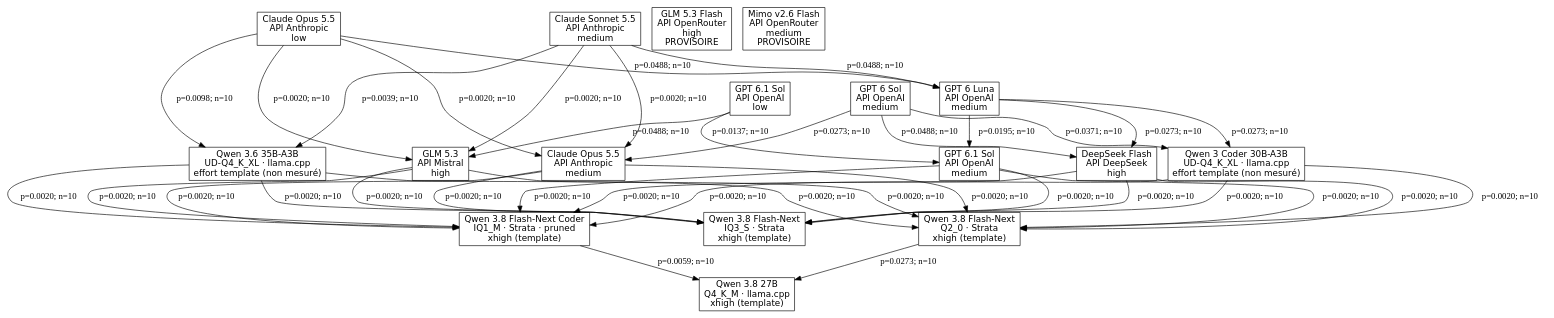
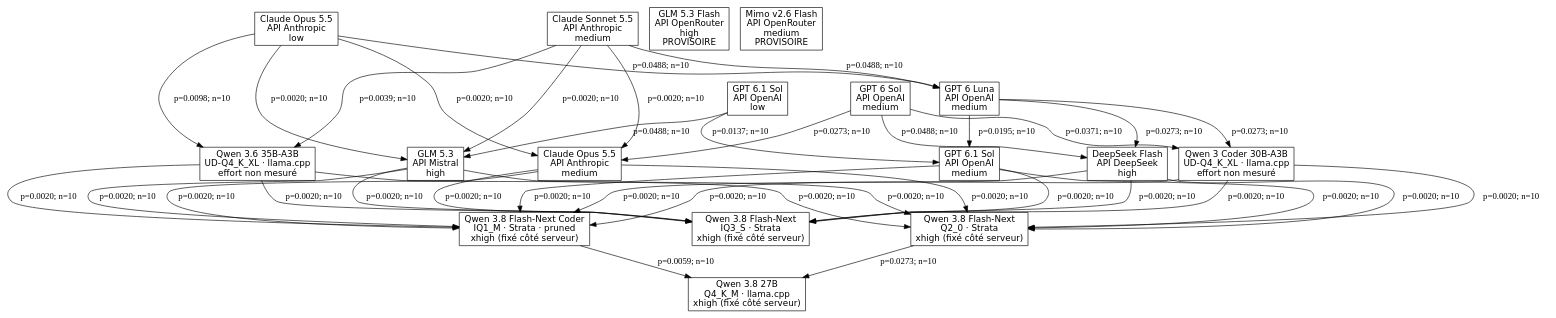
The diagram in docs/tournament-graphs/seconds.dot (MinhHaDuong/ImperialDragonHarness), drawn with Graphviz before and after one commit. The commit also changed 11 other files, not shown here.

```diff
--- a/docs/tournament-graphs/seconds.dot
+++ b/docs/tournament-graphs/seconds.dot
@@ -1,57 +1,57 @@
 digraph G {
 rankdir=TB;
 node [shape=box, fontname="DejaVu Sans"];
-a [label="Qwen 3.8 27B\nQ4_K_M · llama.cpp\nxhigh (template)"];
-b [label="Qwen 3.8 Flash-Next Coder\nIQ1_M · Strata · pruned\nxhigh (template)"];
-b2 [label="Qwen 3.8 Flash-Next\nIQ3_S · Strata\nxhigh (template)"];
-b3 [label="Qwen 3.8 Flash-Next\nQ2_0 · Strata\nxhigh (template)"];
-c [label="Qwen 3.6 35B-A3B\nUD-Q4_K_XL · llama.cpp\neffort template (non mesuré)"];
-c2 [label="Qwen 3 Coder 30B-A3B\nUD-Q4_K_XL · llama.cpp\neffort template (non mesuré)"];
+a [label="Qwen 3.8 27B\nQ4_K_M · llama.cpp\nxhigh (fixé côté serveur)"];
+b [label="Qwen 3.8 Flash-Next Coder\nIQ1_M · Strata · pruned\nxhigh (fixé côté serveur)"];
+b2 [label="Qwen 3.8 Flash-Next\nIQ3_S · Strata\nxhigh (fixé côté serveur)"];
+b3 [label="Qwen 3.8 Flash-Next\nQ2_0 · Strata\nxhigh (fixé côté serveur)"];
+c [label="Qwen 3.6 35B-A3B\nUD-Q4_K_XL · llama.cpp\neffort non mesuré"];
+c2 [label="Qwen 3 Coder 30B-A3B\nUD-Q4_K_XL · llama.cpp\neffort non mesuré"];
 d [label="Claude Opus 5.5\nAPI Anthropic\nmedium"];
 d2 [label="Claude Opus 5.5\nAPI Anthropic\nlow"];
 e [label="GPT 6 Sol\nAPI OpenAI\nmedium"];
 e2 [label="GPT 6.1 Sol\nAPI OpenAI\nlow"];
 e3 [label="GPT 6.1 Sol\nAPI OpenAI\nmedium"];
 f [label="GLM 5.3\nAPI Mistral\nhigh"];
 g [label="Claude Sonnet 5.5\nAPI Anthropic\nmedium"];
 i [label="DeepSeek Flash\nAPI DeepSeek\nhigh"];
 j [label="GLM 5.3 Flash\nAPI OpenRouter\nhigh\nPROVISOIRE"];
 k [label="Mimo v2.6 Flash\nAPI OpenRouter\nmedium\nPROVISOIRE"];
 l [label="GPT 6 Luna\nAPI OpenAI\nmedium"];
 b -> a [label="p=0.0059; n=10"];
 b3 -> a [label="p=0.0273; n=10"];
 c -> b [label="p=0.0020; n=10"];
 c -> b2 [label="p=0.0020; n=10"];
 c -> b3 [label="p=0.0020; n=10"];
 c2 -> b [label="p=0.0020; n=10"];
 c2 -> b2 [label="p=0.0020; n=10"];
 c2 -> b3 [label="p=0.0020; n=10"];
 d -> b [label="p=0.0020; n=10"];
 d -> b2 [label="p=0.0020; n=10"];
 d -> b3 [label="p=0.0020; n=10"];
 d2 -> c [label="p=0.0098; n=10"];
 d2 -> d [label="p=0.0020; n=10"];
 d2 -> f [label="p=0.0020; n=10"];
 d2 -> l [label="p=0.0488; n=10"];
 e -> c2 [label="p=0.0371; n=10"];
 e -> d [label="p=0.0273; n=10"];
 e -> i [label="p=0.0488; n=10"];
 e2 -> e3 [label="p=0.0137; n=10"];
 e2 -> f [label="p=0.0488; n=10"];
 e3 -> b [label="p=0.0020; n=10"];
 e3 -> b2 [label="p=0.0020; n=10"];
 e3 -> b3 [label="p=0.0020; n=10"];
 f -> b [label="p=0.0020; n=10"];
 f -> b2 [label="p=0.0020; n=10"];
 f -> b3 [label="p=0.0020; n=10"];
 g -> c [label="p=0.0039; n=10"];
 g -> d [label="p=0.0020; n=10"];
 g -> f [label="p=0.0020; n=10"];
 g -> l [label="p=0.0488; n=10"];
 i -> b [label="p=0.0020; n=10"];
 i -> b2 [label="p=0.0020; n=10"];
 i -> b3 [label="p=0.0020; n=10"];
 l -> c2 [label="p=0.0273; n=10"];
 l -> e3 [label="p=0.0195; n=10"];
 l -> i [label="p=0.0273; n=10"];
 }
```
